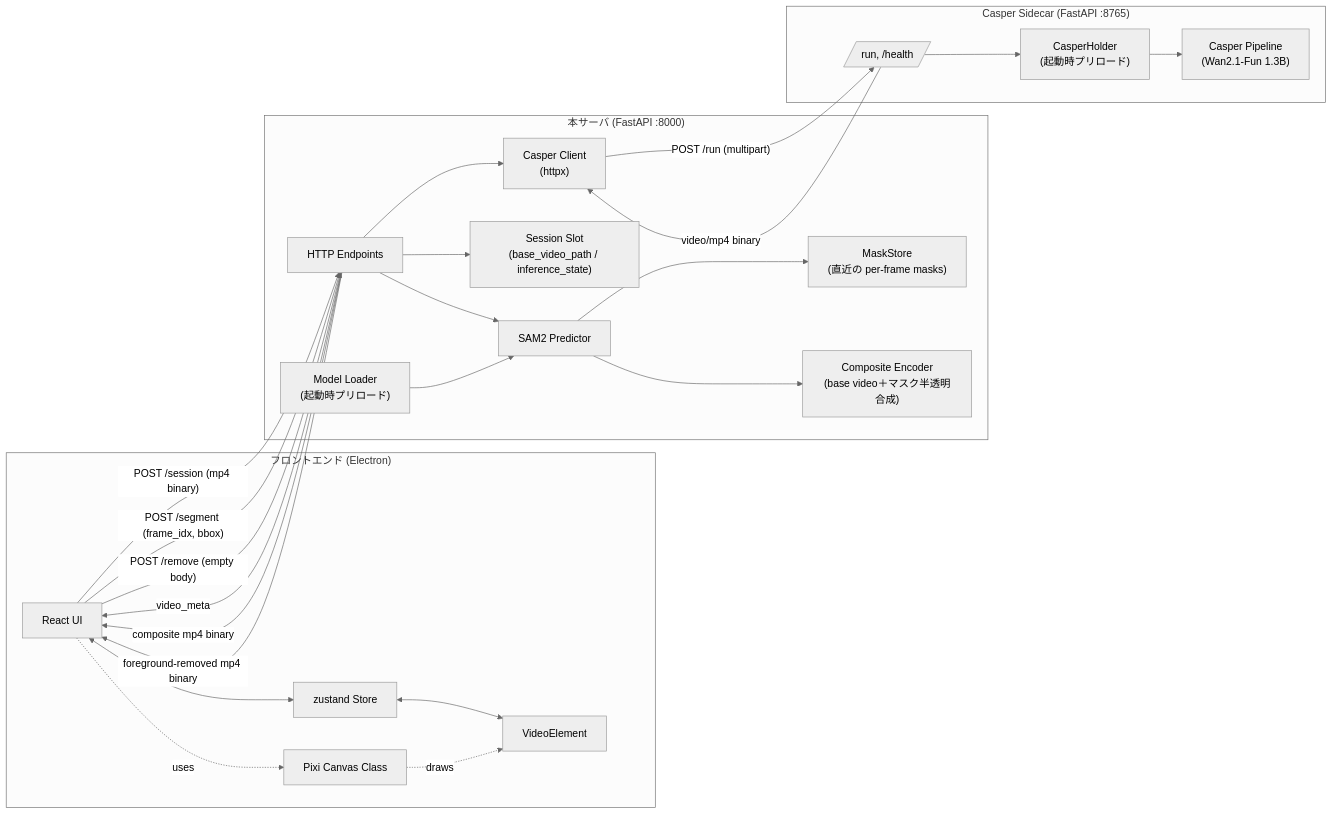
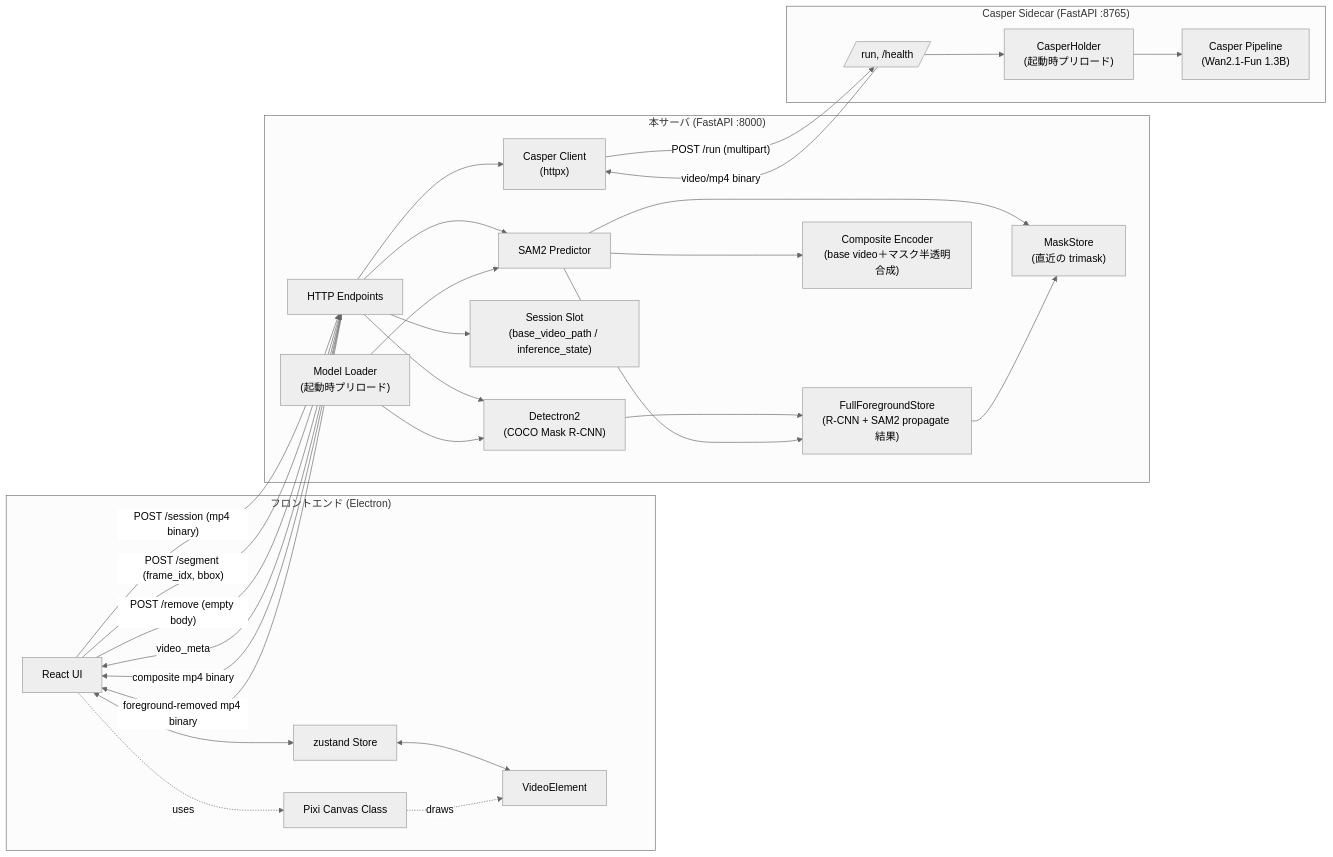
The first of 2 diagrams in docs/spec/02-architecture.md (kanosawa/omnimatte-editor), drawn with Mermaid (neutral theme) before and after one commit. The commit also changed 16 other files, not shown here.

````diff
--- a/docs/spec/02-architecture.md
+++ b/docs/spec/02-architecture.md
@@ -5,47 +5,54 @@
 ```mermaid
 flowchart LR
     subgraph FE["フロントエンド (Electron)"]
         UI[React UI]
         Store[zustand Store]
         VE[VideoElement]
         Canvas[Pixi Canvas Class]
         UI <--> Store
         Store <--> VE
         UI -.uses.-> Canvas
         Canvas -.draws.-> VE
     end
 
     subgraph BE["本サーバ (FastAPI :8000)"]
         API[HTTP Endpoints]
         Loader["Model Loader<br/>(起動時プリロード)"]
         Pred[SAM2 Predictor]
+        Det["Detectron2<br/>(COCO Mask R-CNN)"]
         Sess["Session Slot<br/>(base_video_path / inference_state)"]
-        MStore["MaskStore<br/>(直近の per-frame masks)"]
+        MStore["MaskStore<br/>(直近の trimask)"]
+        FStore["FullForegroundStore<br/>(R-CNN + SAM2 propagate 結果)"]
         Enc["Composite Encoder<br/>(base video＋マスク半透明合成)"]
         CClient["Casper Client<br/>(httpx)"]
         API --> Sess
         API --> Pred
+        API --> Det
         Loader --> Pred
+        Loader --> Det
         Pred --> Enc
         Pred --> MStore
+        Det --> FStore
+        Pred --> FStore
+        FStore --> MStore
         API --> CClient
     end
 
     subgraph SIDE["Casper Sidecar (FastAPI :8765)"]
         SideAPI[/run, /health/]
         CHolder["CasperHolder<br/>(起動時プリロード)"]
         CPipe["Casper Pipeline<br/>(Wan2.1-Fun 1.3B)"]
         CHolder --> CPipe
         SideAPI --> CHolder
     end
 
     CClient -- "POST /run (multipart)" --> SideAPI
     SideAPI -- "video/mp4 binary" --> CClient
 
     UI -- "POST /session (mp4 binary)" --> API
     API -- "video_meta" --> UI
     UI -- "POST /segment (frame_idx, bbox)" --> API
     API -- "composite mp4 binary" --> UI
     UI -- "POST /remove (empty body)" --> API
     API -- "foreground-removed mp4 binary" --> UI
 ```
````
